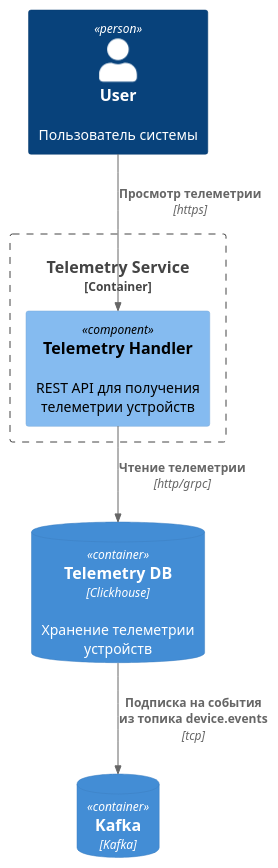
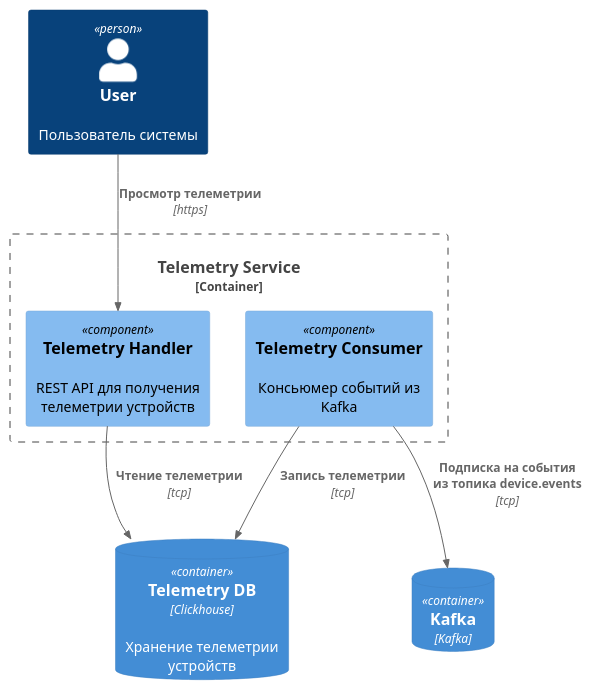
Before and after one commit to dengaleev/practicum-warmhouse: the diagram in docs/2be_component_telemetry.puml, drawn with PlantUML. The commit also changed 3 other files, not shown here.

```diff
--- a/docs/2be_component_telemetry.puml
+++ b/docs/2be_component_telemetry.puml
@@ -4,18 +4,20 @@
 @startuml C4_Component_ToBeSystem_TelemetryService
 
 !include https://raw.githubusercontent.com/plantuml-stdlib/C4-PlantUML/master/C4_Component.puml
 
 Person(user, "User", "Пользователь системы")
 
 ContainerDb(telemetry_db, "Telemetry DB", "Clickhouse", "Хранение телеметрии устройств")
 ContainerDb(kafka_device_events, "Kafka", "Kafka", "")
 
 Container_Boundary(telemetry_service, "Telemetry Service") {
     Component(telemetry_handler, "Telemetry Handler", "", "REST API для получения телеметрии устройств")
+    Component(telemetry_consumer, "Telemetry Consumer", "", "Консьюмер событий из Kafka")
 }
 
 Rel(user, telemetry_handler, "Просмотр телеметрии", "https")
-Rel(telemetry_handler, telemetry_db, "Чтение телеметрии", "http/grpc")
-Rel(telemetry_db, kafka_device_events, "Подписка на события из топика device.events", "tcp")
+Rel(telemetry_handler, telemetry_db, "Чтение телеметрии", "tcp")
+Rel(telemetry_consumer, kafka_device_events, "Подписка на события из топика device.events", "tcp")
+Rel(telemetry_consumer, telemetry_db, "Запись телеметрии", "tcp")
 
 @enduml
```
